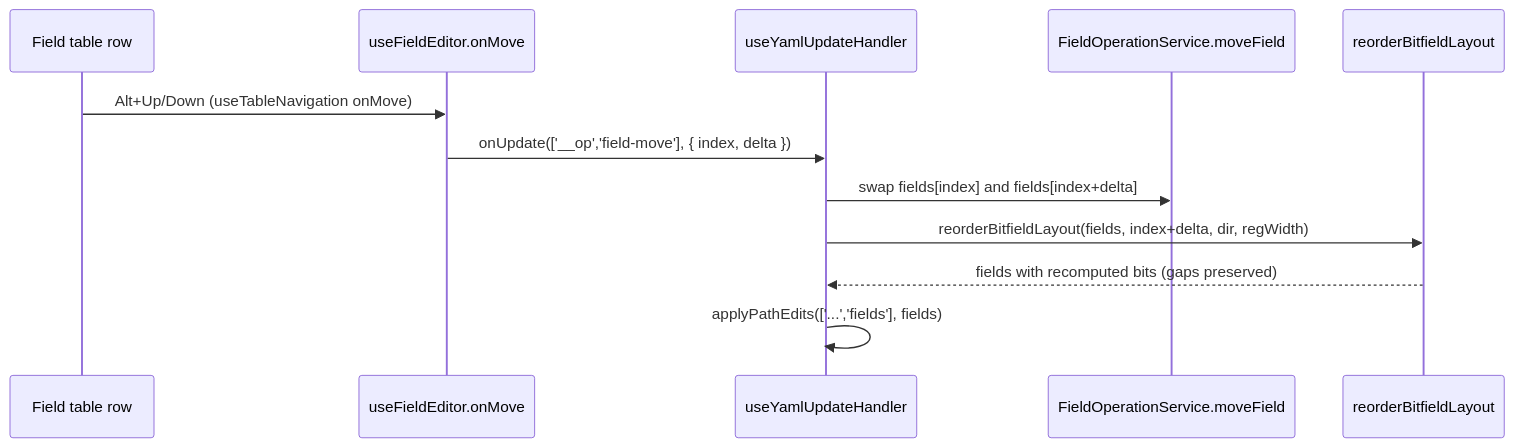
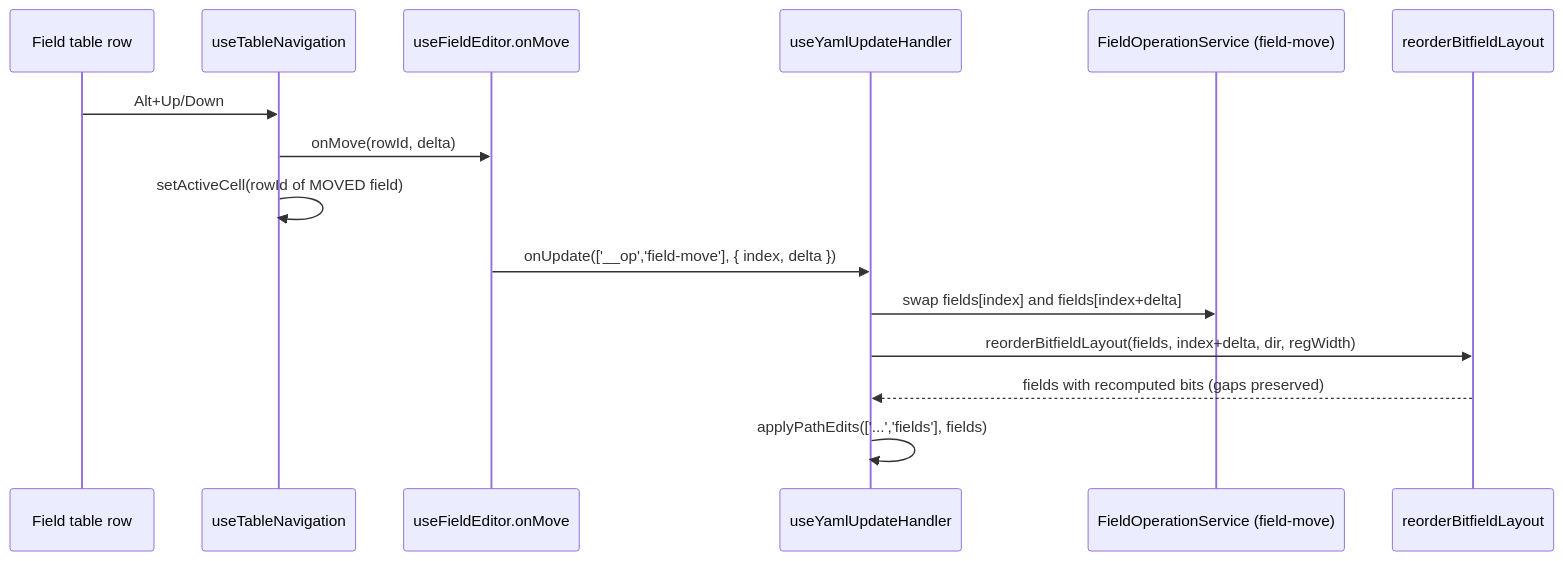
Before and after one commit to bleviet/ipcraft-vscode: the fourth of 5 diagrams in docs/architecture/bit-field-handling.md, drawn with Mermaid. The commit also changed other lines of this file and 2 other files, not shown here.

````diff
--- a/docs/architecture/bit-field-handling.md
+++ b/docs/architecture/bit-field-handling.md
@@ -234,14 +207,17 @@
 ```mermaid
 sequenceDiagram
     participant Row as Field table row
+    participant NAV as useTableNavigation
     participant FE as useFieldEditor.onMove
     participant H as useYamlUpdateHandler
-    participant FS as FieldOperationService.moveField
+    participant FS as FieldOperationService (field-move)
     participant RB as reorderBitfieldLayout
-    Row->>FE: Alt+Up/Down (useTableNavigation onMove)
+    Row->>NAV: Alt+Up/Down
+    NAV->>FE: onMove(rowId, delta)
+    NAV->>NAV: setActiveCell(rowId of MOVED field)
     FE->>H: onUpdate(['__op','field-move'], { index, delta })
     H->>FS: swap fields[index] and fields[index+delta]
     H->>RB: reorderBitfieldLayout(fields, index+delta, dir, regWidth)
     RB-->>H: fields with recomputed bits (gaps preserved)
     H->>H: applyPathEdits(['...','fields'], fields)
 ```
````
